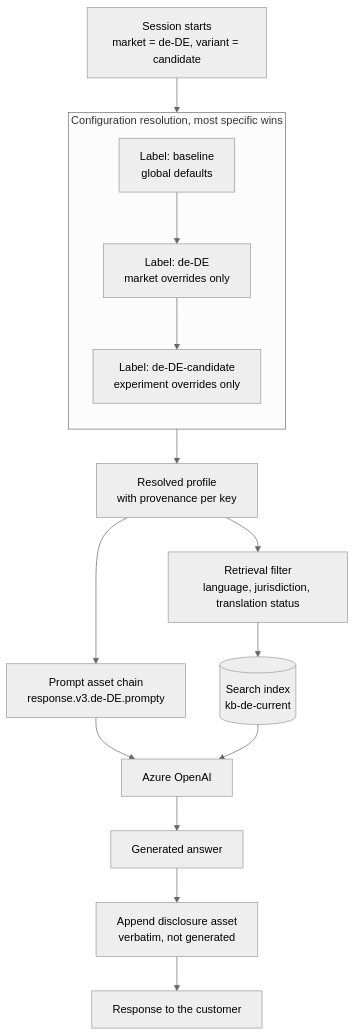
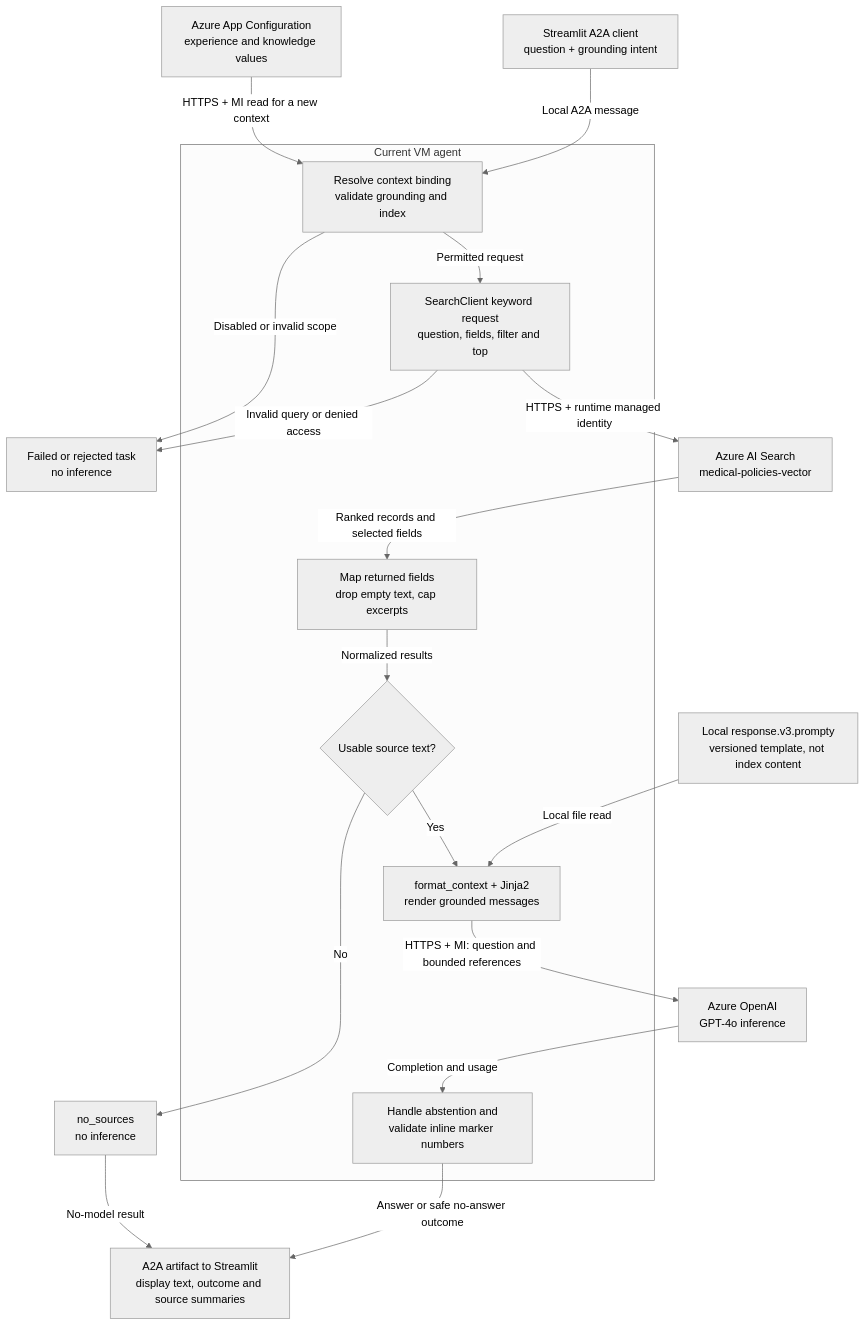
Before and after one commit to ericnagel11/elv: the third of 5 diagrams in docs/configurable-conversational-experience.md, drawn with Mermaid (neutral theme). The commit also changed other lines of this file and 10 other files, not shown here.

````diff
--- a/docs/configurable-conversational-experience.md
+++ b/docs/configurable-conversational-experience.md
@@ -735,18 +542,34 @@
 ```mermaid
-flowchart TD
-    sess["Session starts<br/>market = de-DE, variant = candidate"] --> chain
-    subgraph chain ["Configuration resolution, most specific wins"]
-        direction TB
-        b["Label: baseline<br/>global defaults"] --> m["Label: de-DE<br/>market overrides only"]
-        m --> c["Label: de-DE-candidate<br/>experiment overrides only"]
-    end
-    chain --> prof["Resolved profile<br/>with provenance per key"]
-    prof --> asset["Prompt asset chain<br/>response.v3.de-DE.prompty"]
-    prof --> filt["Retrieval filter<br/>language, jurisdiction, translation status"]
-    filt --> idx[("Search index<br/>kb-de-current")]
-    asset --> model["Azure OpenAI"]
-    idx --> model
-    model --> gen["Generated answer"]
-    gen --> disc["Append disclosure asset<br/>verbatim, not generated"]
-    disc --> out["Response to the customer"]
+flowchart TB
+  request["Streamlit A2A client<br/>question + grounding intent"]
+  settings["Azure App Configuration<br/>experience and knowledge values"]
+  subgraph agent["Current VM agent"]
+    scope["Resolve context binding<br/>validate grounding and index"]
+    query["SearchClient keyword request<br/>question, fields, filter and top"]
+    normalize["Map returned fields<br/>drop empty text, cap excerpts"]
+    usable{"Usable source text?"}
+    render["format_context + Jinja2<br/>render grounded messages"]
+    checks["Handle abstention and<br/>validate inline marker numbers"]
+    scope -->|"Permitted request"| query
+    normalize -->|"Normalized results"| usable
+    usable -->|"Yes"| render
+  end
+  index["Azure AI Search<br/>medical-policies-vector"]
+  asset["Local response.v3.prompty<br/>versioned template, not index content"]
+  model["Azure OpenAI<br/>GPT-4o inference"]
+  rejected["Failed or rejected task<br/>no inference"]
+  empty["no_sources<br/>no inference"]
+  output["A2A artifact to Streamlit<br/>display text, outcome and source summaries"]
+  request -->|"Local A2A message"| scope
+  settings -->|"HTTPS + MI read for a new context"| scope
+  scope -->|"Disabled or invalid scope"| rejected
+  query -->|"HTTPS + runtime managed identity"| index
+  index -->|"Ranked records and selected fields"| normalize
+  query -->|"Invalid query or denied access"| rejected
+  usable -->|"No"| empty
+  asset -->|"Local file read"| render
+  render -->|"HTTPS + MI: question and bounded references"| model
+  model -->|"Completion and usage"| checks
+  checks -->|"Answer or safe no-answer outcome"| output
+  empty -->|"No-model result"| output
 ```
````
